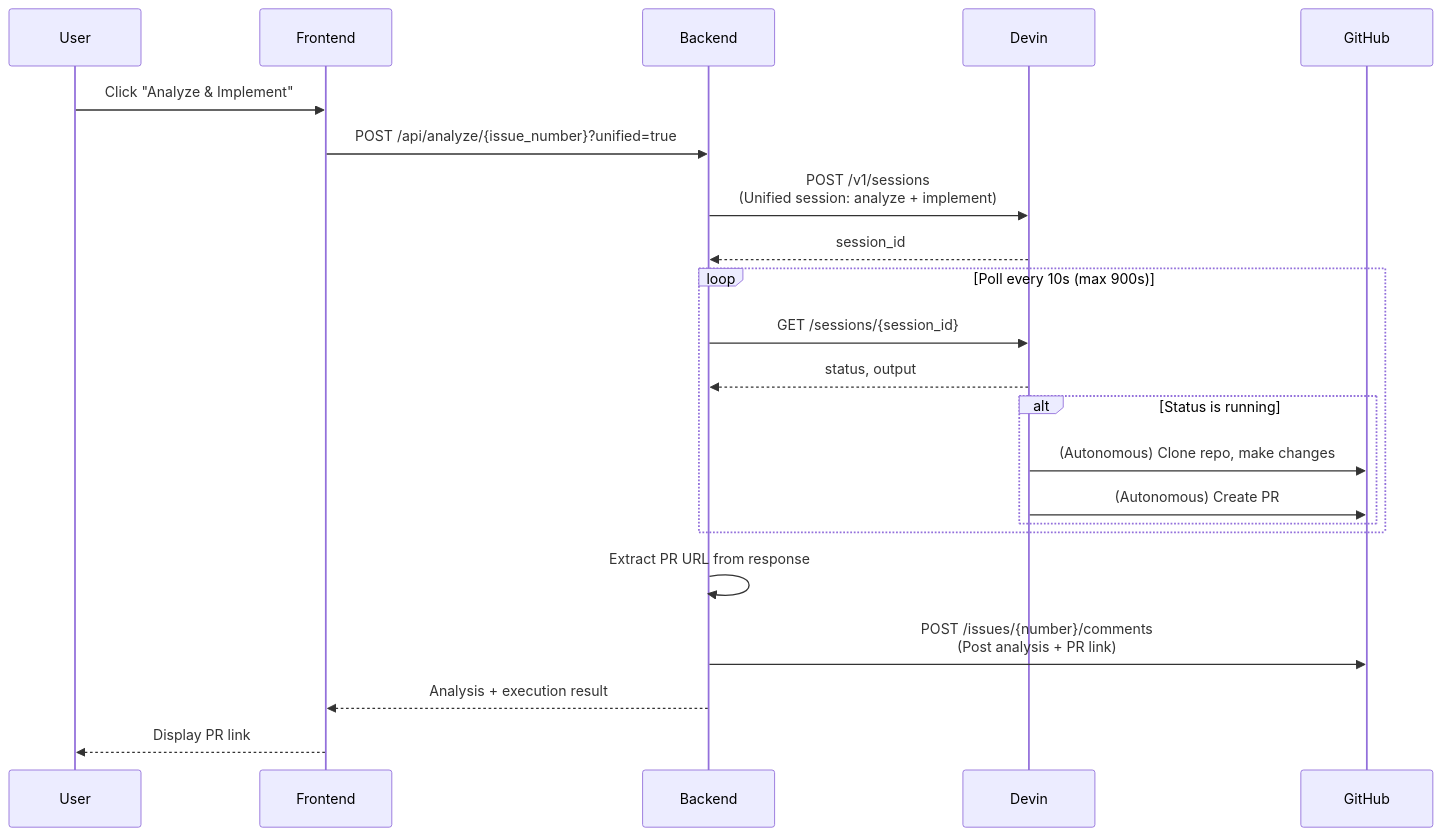
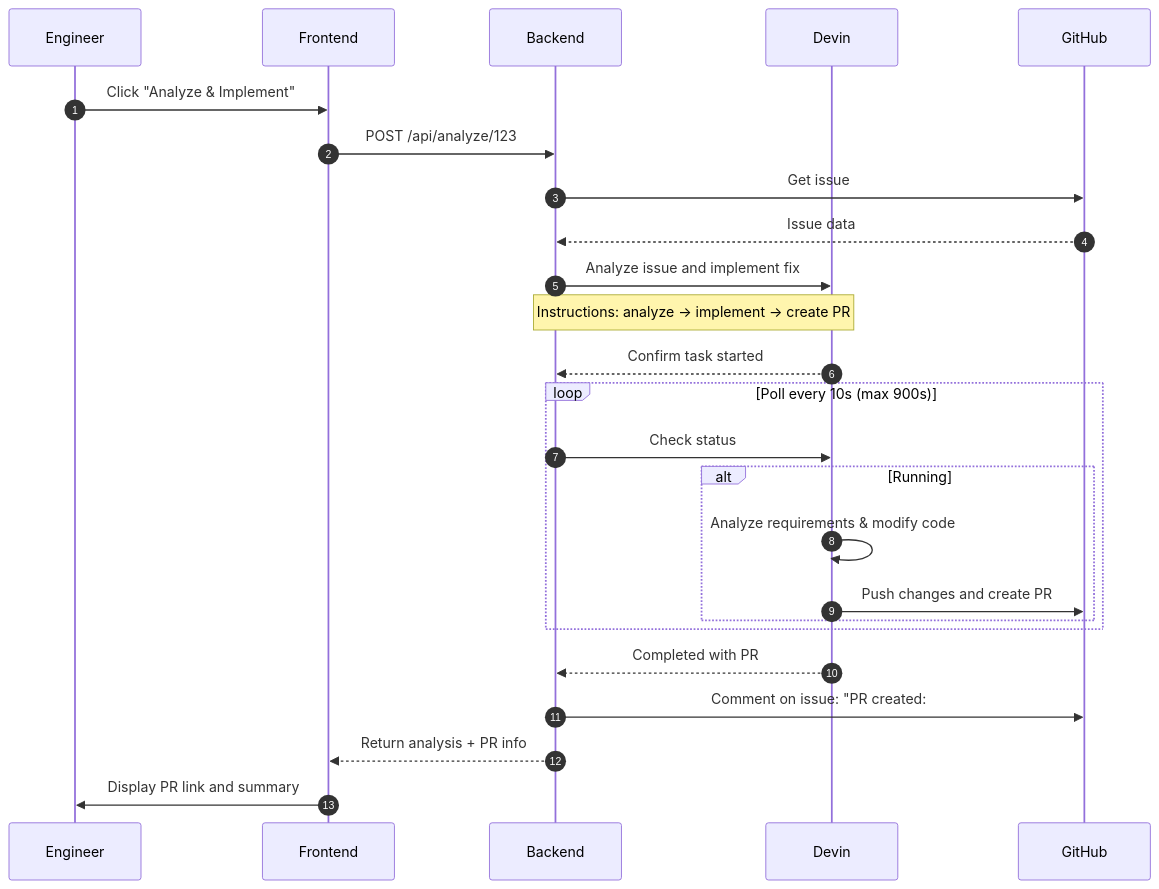
One commit to haider-toha/devin-take-home changed the fourth of 6 diagrams in README.md. Above: the diagram before and after it, drawn with Mermaid. The commit also changed other lines of this file, not shown here.

First line of the commit message:
Update analysis flow diagrams in README

````diff
--- a/README.md
+++ b/README.md
@@ -136,30 +99,32 @@
 ```mermaid
 sequenceDiagram
-    participant User
-    participant Frontend
-    participant Backend
-    participant Devin
-    participant GitHub
+    autonumber
+    participant Eng as Engineer
+    participant FE as Frontend
+    participant BE as Backend
+    participant AI as Devin
+    participant GH as GitHub
 
-    User->>Frontend: Click "Analyze & Implement"
-    Frontend->>Backend: POST /api/analyze/{issue_number}?unified=true
+    Eng->>FE: Click "Analyze & Implement"
+    FE->>BE: POST /api/analyze/123
+    BE->>GH: Get issue #123 details
+    GH-->>BE: Issue data
 
-    Backend->>Devin: POST /v1/sessions<br/>(Unified session: analyze + implement)
-    Devin-->>Backend: session_id
+    BE->>AI: Analyze issue and implement fix
+    Note over BE,AI: Instructions: analyze → implement → create PR
+    AI-->>BE: Confirm task started
 
     loop Poll every 10s (max 900s)
-        Backend->>Devin: GET /sessions/{session_id}
-        Devin-->>Backend: status, output
-
-        alt Status is running
-            Devin->>GitHub: (Autonomous) Clone repo, make changes
-            Devin->>GitHub: (Autonomous) Create PR
+        BE->>AI: Check status
+        alt Running
+            AI->>AI: Analyze requirements & modify code
+            AI->>GH: Push changes and create PR #45
         end
     end
 
-    Backend->>Backend: Extract PR URL from response
-    Backend->>GitHub: POST /issues/{number}/comments<br/>(Post analysis + PR link)
+    AI-->>BE: Completed with PR #45
+    BE->>GH: Comment on issue: "PR created: #45"
+    BE-->>FE: Return analysis + PR info
+    FE->>Eng: Display PR link and summary
 
-    Backend-->>Frontend: Analysis + execution result
-    Frontend-->>User: Display PR link
 ```
````
